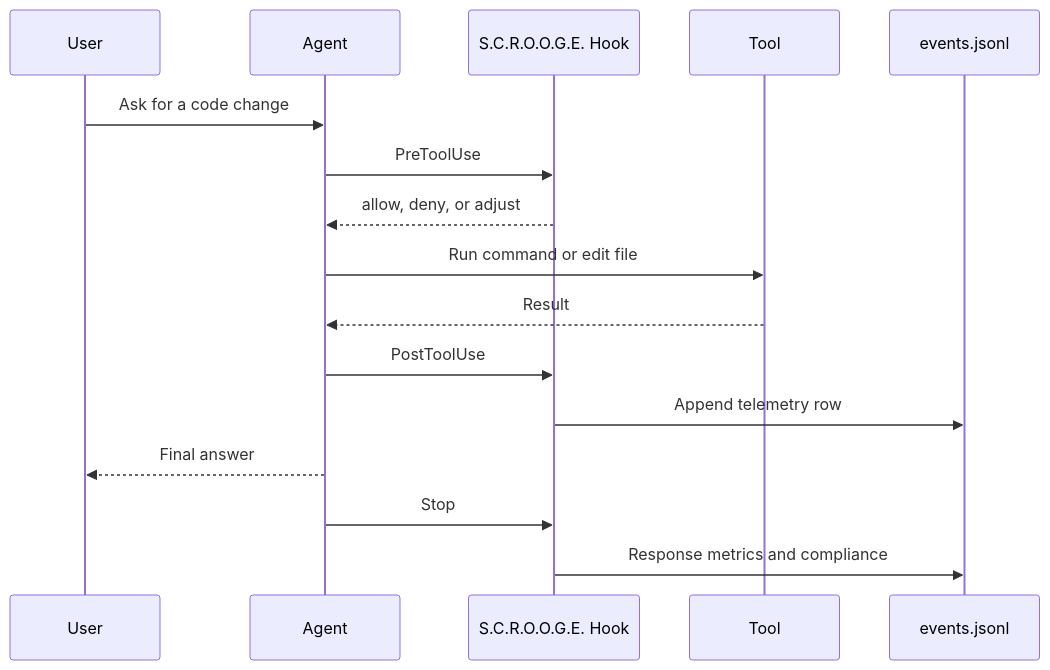
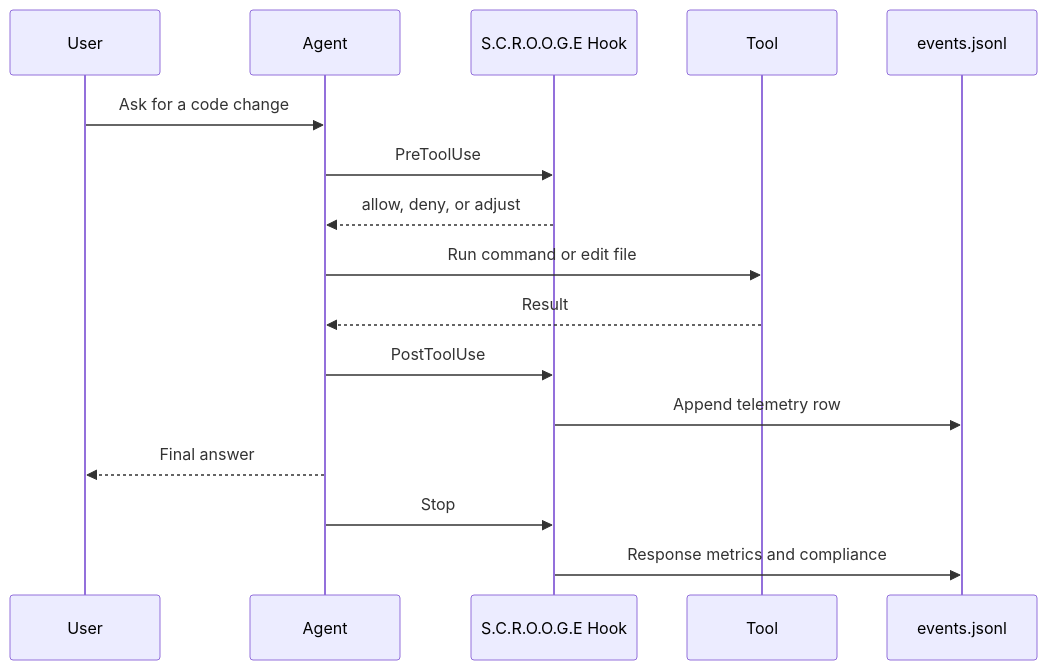
Before and after one commit to blegouge/S.C.R.O.O.G.E: the second of 3 diagrams in docs/AI_AGENT_LIFECYCLE.md, drawn with Mermaid. The commit also changed other lines of this file and 21 other files, not shown here.

````diff
--- a/docs/AI_AGENT_LIFECYCLE.md
+++ b/docs/AI_AGENT_LIFECYCLE.md
@@ -227,19 +227,19 @@
 ```mermaid
 sequenceDiagram
     participant User
     participant Agent
-    participant Hook as S.C.R.O.O.G.E. Hook
+    participant Hook as S.C.R.O.O.G.E Hook
     participant Tool
     participant Log as events.jsonl
 
     User->>Agent: Ask for a code change
     Agent->>Hook: PreToolUse
     Hook-->>Agent: allow, deny, or adjust
     Agent->>Tool: Run command or edit file
     Tool-->>Agent: Result
     Agent->>Hook: PostToolUse
     Hook->>Log: Append telemetry row
     Agent-->>User: Final answer
     Agent->>Hook: Stop
     Hook->>Log: Response metrics and compliance
 ```
````
